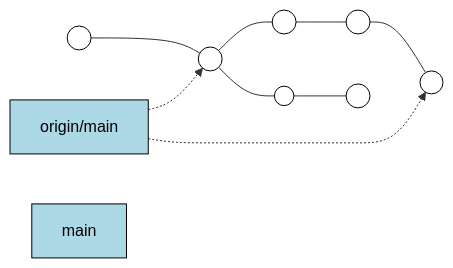
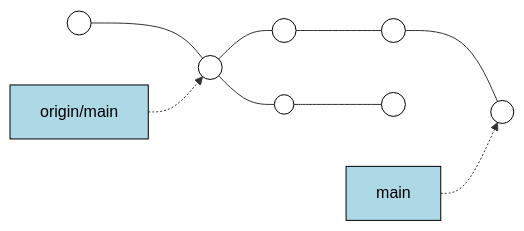
Before and after one commit to hpc2n/course-intro-git: the third of 4 diagrams in docs/teamwork.md, drawn with Mermaid. The commit also changed other lines of this file, not shown here.

Commit message:
Converting another graphvix to mermaid, this time for the section after hint

````diff
--- a/docs/teamwork.md
+++ b/docs/teamwork.md
@@ -174,29 +174,29 @@
 ```mermaid
 graph LR
   d(("d"))
   style d fill:#ffffff,stroke:#000000,color:#ffffff
   e(("e"))
   style e fill:#ffffff,stroke:#000000,color:#ffffff
   origin["origin/main"]
   style origin fill:#add8e6,stroke:#000000,color:#000000
   d --- e 
   origin -.-> e
   a(("a"))
   style a fill:#ffffff,stroke:#000000,color:#ffffff
   f(("f"))
   style f fill:#ffffff,stroke:#000000,color:#ffffff
   e --- a
   e --- f 
   b(("b"))
   style b fill:#ffffff,stroke:#000000,color:#ffffff
   g(("g"))
   style g fill:#ffffff,stroke:#000000,color:#ffffff
   main["main"]
   style main fill:#add8e6,stroke:#000000,color:#000000
   c(("c"))
   style c fill:#ffffff,stroke:#000000,color:#ffffff
   a --- b
   f --- g
   b --- c
-  origin -.-> c 
+  main -.-> c 
 ```
````
